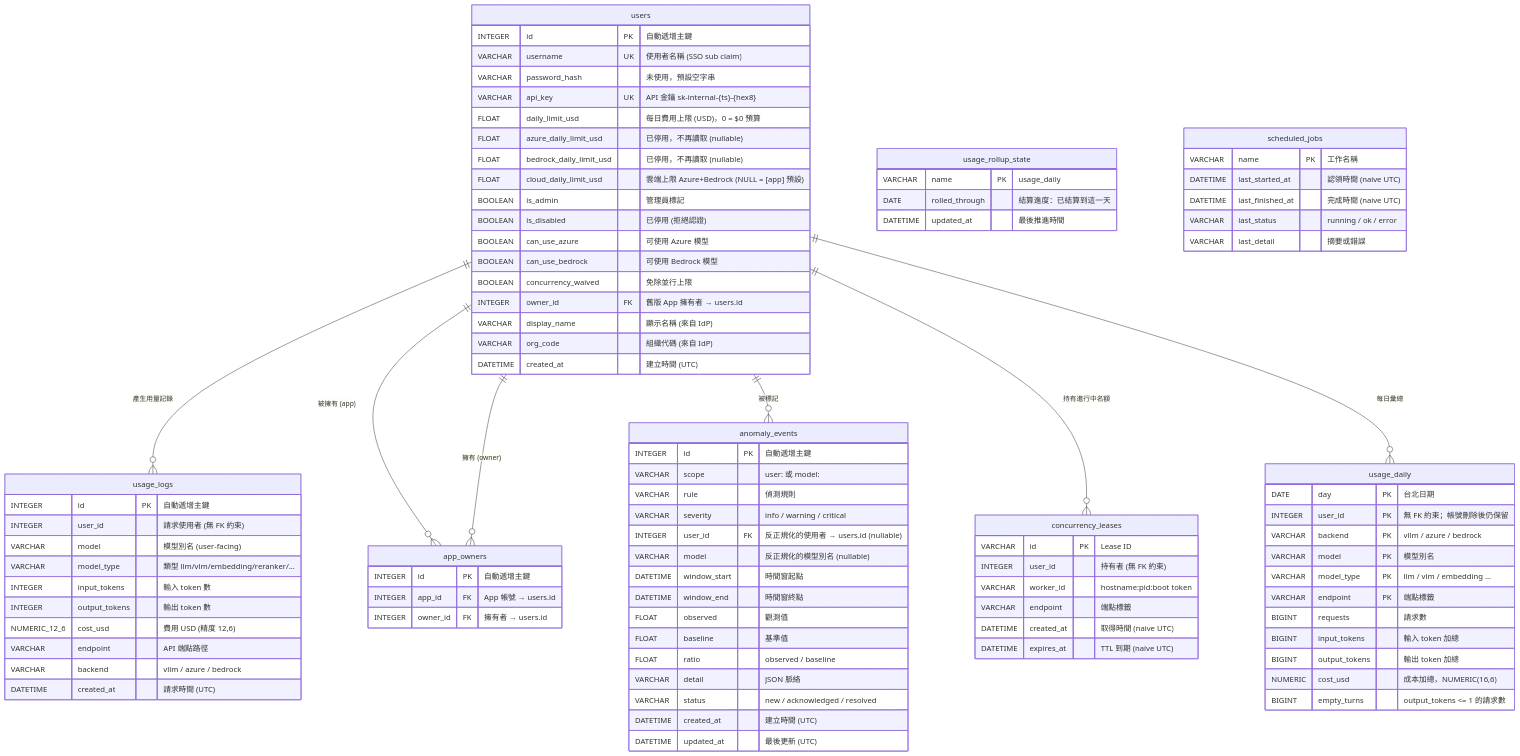
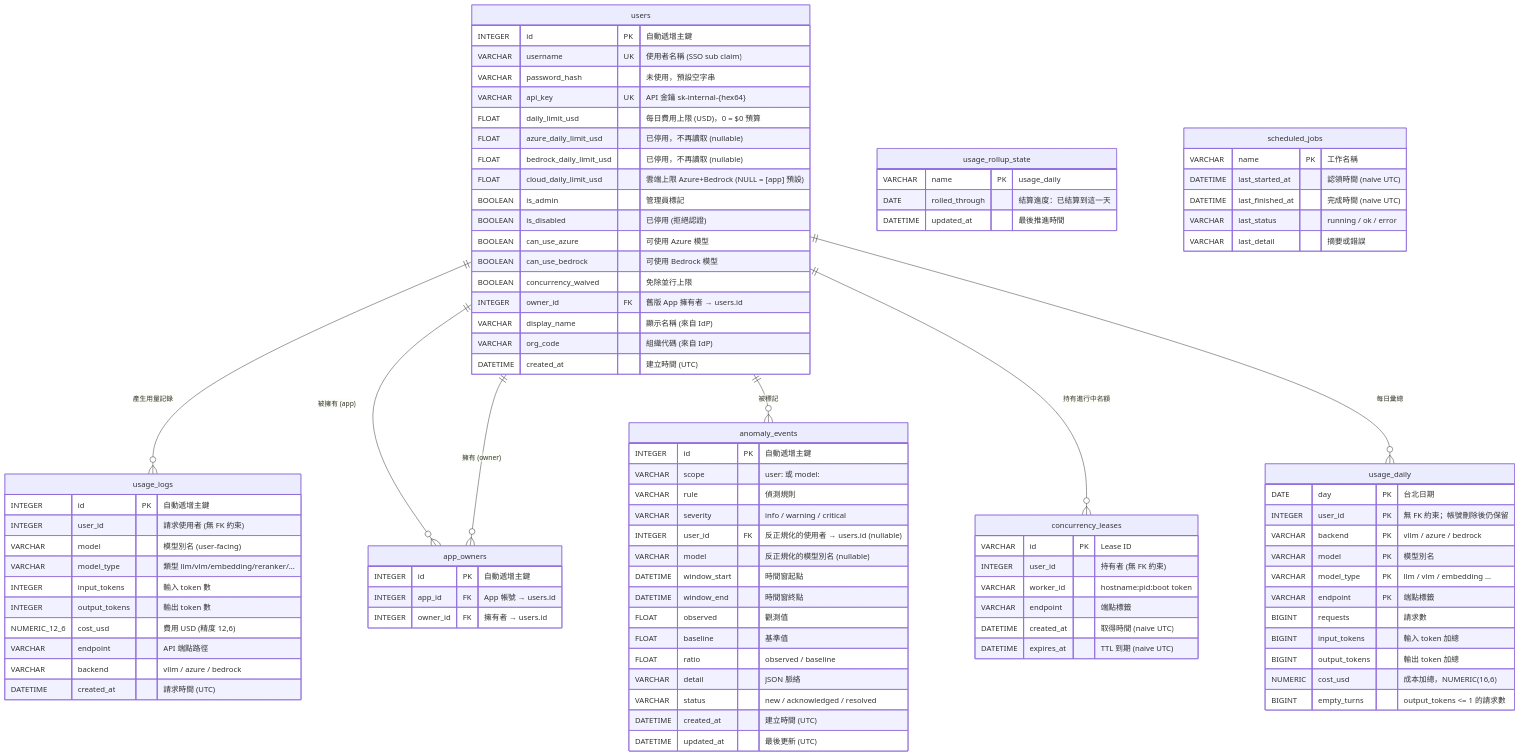
Before and after one commit to bwinken/llm-gateway: the first of 3 diagrams in app/models/README.zh-TW.md, drawn with Mermaid. The commit also changed other lines of this file and 14 other files, not shown here.

```diff
--- a/app/models/README.zh-TW.md
+++ b/app/models/README.zh-TW.md
@@ -18,7 +18,7 @@
         INTEGER id PK "自動遞增主鍵"
         VARCHAR username UK "使用者名稱 (SSO sub claim)"
         VARCHAR password_hash "未使用，預設空字串"
-        VARCHAR api_key UK "API 金鑰 sk-internal-{ts}-{hex8}"
+        VARCHAR api_key UK "API 金鑰 sk-internal-{hex64}"
         FLOAT daily_limit_usd "每日費用上限 (USD)，0 = $0 預算"
         FLOAT azure_daily_limit_usd "已停用，不再讀取 (nullable)"
         FLOAT bedrock_daily_limit_usd "已停用，不再讀取 (nullable)"
```
